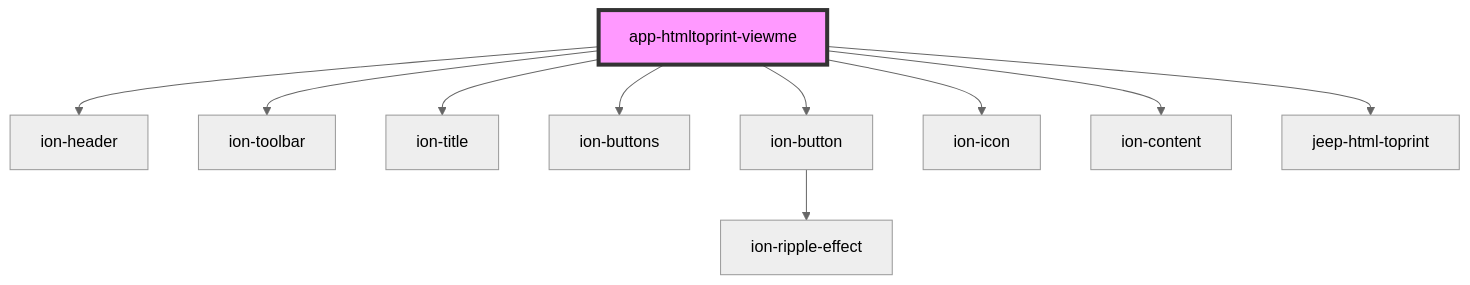
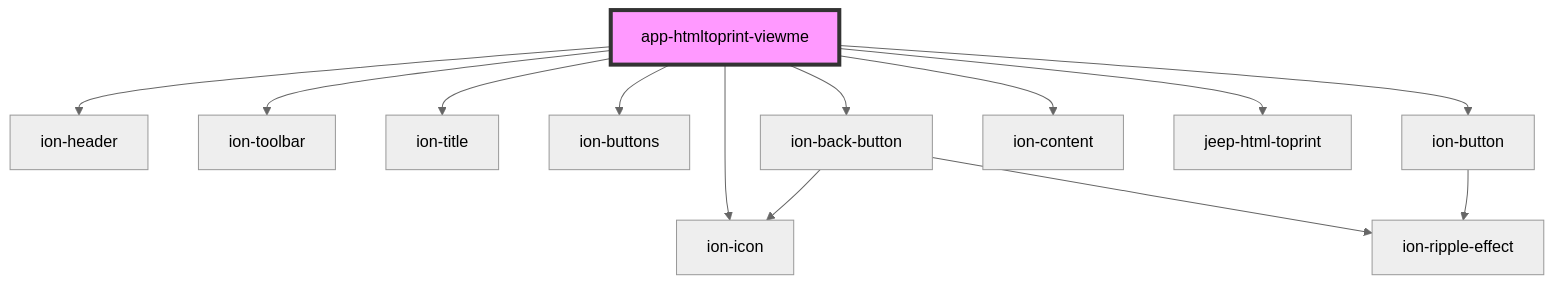
The diagram in pwa-components-viewme/src/components/app-htmltoprint-viewme/readme.md (jepiqueau/jeep), drawn with Mermaid (neutral theme) before and after one commit. The commit also changed other lines of this file and 112 other files, not shown here.

````diff
--- a/pwa-components-viewme/src/components/app-htmltoprint-viewme/readme.md
+++ b/pwa-components-viewme/src/components/app-htmltoprint-viewme/readme.md
@@ -22,13 +23,16 @@
 ```mermaid
 graph TD;
   app-htmltoprint-viewme --> ion-header
   app-htmltoprint-viewme --> ion-toolbar
   app-htmltoprint-viewme --> ion-title
   app-htmltoprint-viewme --> ion-buttons
+  app-htmltoprint-viewme --> ion-back-button
   app-htmltoprint-viewme --> ion-button
   app-htmltoprint-viewme --> ion-icon
   app-htmltoprint-viewme --> ion-content
   app-htmltoprint-viewme --> jeep-html-toprint
+  ion-back-button --> ion-icon
+  ion-back-button --> ion-ripple-effect
   ion-button --> ion-ripple-effect
   style app-htmltoprint-viewme fill:#f9f,stroke:#333,stroke-width:4px
 ```
````
